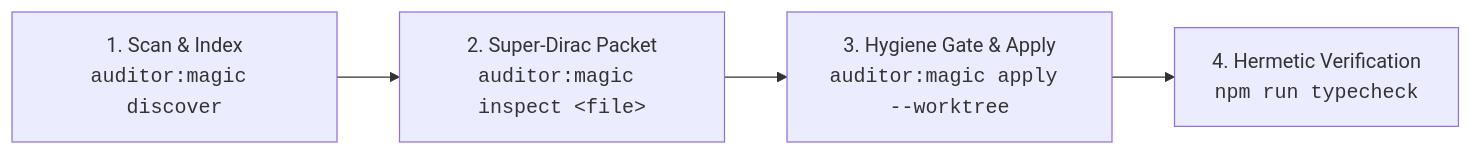
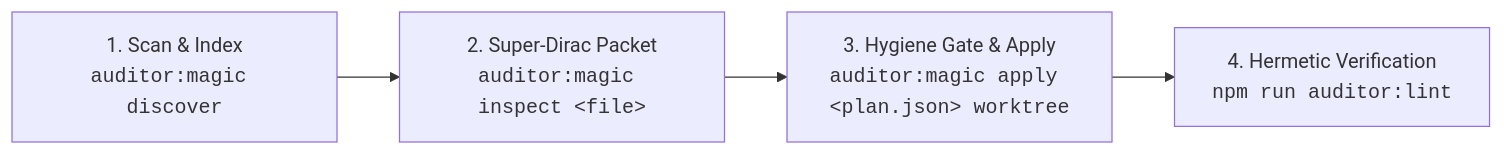
One commit to francogp/auditor changed the diagram in .agents/skills/auditor/references/magic-numbers-refactoring-guide.md. Above: the diagram before and after it, drawn with Mermaid. The commit also changed other lines of this file and 101 other files, not shown here.

First line of the commit message:
fix: modernize owned agent skills, DOX hierarchy, and CLI execution flows (v10.12.5)

````diff
--- a/.agents/skills/auditor/references/magic-numbers-refactoring-guide.md
+++ b/.agents/skills/auditor/references/magic-numbers-refactoring-guide.md
@@ -28,6 +28,6 @@
 ```mermaid
 flowchart LR
     Step1["1. Scan & Index<br/><code>auditor:magic discover</code>"] --> Step2["2. Super-Dirac Packet<br/><code>auditor:magic inspect &lt;file&gt;</code>"]
-    Step2 --> Step3["3. Hygiene Gate & Apply<br/><code>auditor:magic apply --worktree</code>"]
-    Step3 --> Step4["4. Hermetic Verification<br/><code>npm run typecheck</code>"]
+    Step2 --> Step3["3. Hygiene Gate & Apply<br/><code>auditor:magic apply &lt;plan.json&gt; worktree</code>"]
+    Step3 --> Step4["4. Hermetic Verification<br/><code>npm run auditor:lint</code>"]
 ```
````
